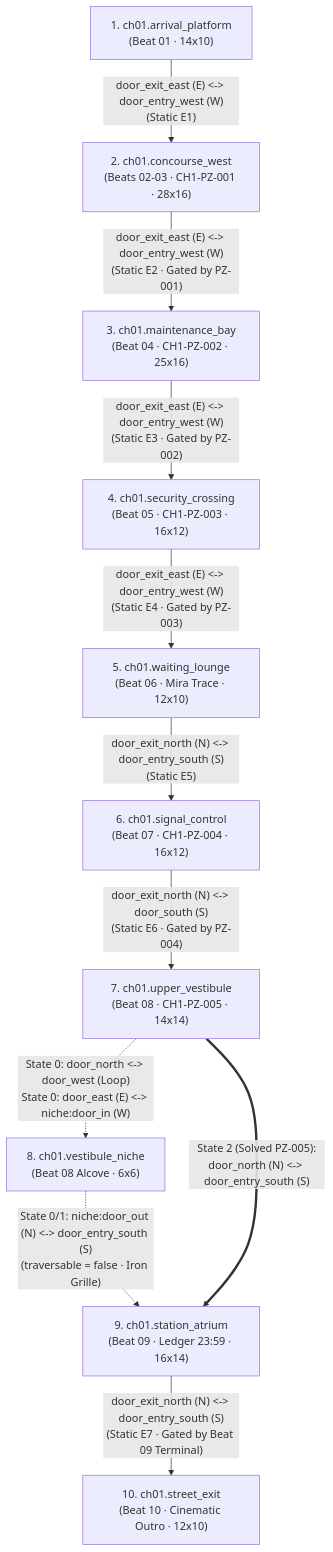
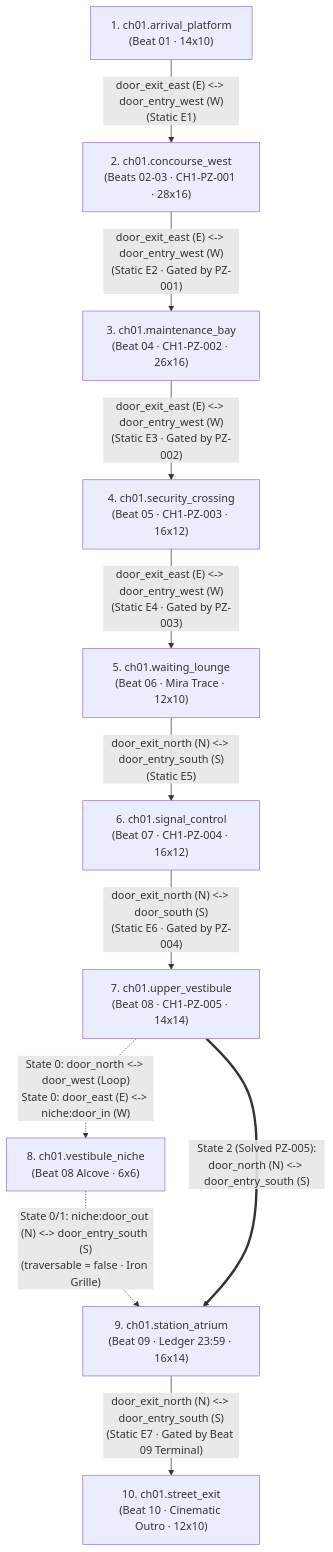
Before and after one commit to Zeeynrs/the-last-frame: the diagram in design/ch01/ROOM_GRAPH.md, drawn with Mermaid. The commit also changed other lines of this file and 23 other files, not shown here.

Commit message:
fix(ch01): Maintenance Bay v2 round 2 (26 wide, checkpoint (5,5), low bulkhead south, W-face shutters)

````diff
--- a/design/ch01/ROOM_GRAPH.md
+++ b/design/ch01/ROOM_GRAPH.md
@@ -50,26 +50,26 @@
 ```mermaid
 flowchart TD
     R1["1. ch01.arrival_platform<br/>(Beat 01 · 14x10)"]
     R2["2. ch01.concourse_west<br/>(Beats 02-03 · CH1-PZ-001 · 28x16)"]
-    R3["3. ch01.maintenance_bay<br/>(Beat 04 · CH1-PZ-002 · 25x16)"]
+    R3["3. ch01.maintenance_bay<br/>(Beat 04 · CH1-PZ-002 · 26x16)"]
     R4["4. ch01.security_crossing<br/>(Beat 05 · CH1-PZ-003 · 16x12)"]
     R5["5. ch01.waiting_lounge<br/>(Beat 06 · Mira Trace · 12x10)"]
     R6["6. ch01.signal_control<br/>(Beat 07 · CH1-PZ-004 · 16x12)"]
     R7["7. ch01.upper_vestibule<br/>(Beat 08 · CH1-PZ-005 · 14x14)"]
     R8["8. ch01.vestibule_niche<br/>(Beat 08 Alcove · 6x6)"]
     R9["9. ch01.station_atrium<br/>(Beat 09 · Ledger 23:59 · 16x14)"]
     R10["10. ch01.street_exit<br/>(Beat 10 · Cinematic Outro · 12x10)"]
 
     R1 -- "door_exit_east (E) <-> door_entry_west (W)<br/>(Static E1)" --> R2
     R2 -- "door_exit_east (E) <-> door_entry_west (W)<br/>(Static E2 · Gated by PZ-001)" --> R3
     R3 -- "door_exit_east (E) <-> door_entry_west (W)<br/>(Static E3 · Gated by PZ-002)" --> R4
     R4 -- "door_exit_east (E) <-> door_entry_west (W)<br/>(Static E4 · Gated by PZ-003)" --> R5
     R5 -- "door_exit_north (N) <-> door_entry_south (S)<br/>(Static E5)" --> R6
     R6 -- "door_exit_north (N) <-> door_south (S)<br/>(Static E6 · Gated by PZ-004)" --> R7
 
     R7 -. "State 0: door_north <-> door_west (Loop)<br/>State 0: door_east (E) <-> niche:door_in (W)" .-> R8
     R8 -. "State 0/1: niche:door_out (N) <-> door_entry_south (S)<br/>(traversable = false · Iron Grille)" .-> R9
     R7 == "State 2 (Solved PZ-005):<br/>door_north (N) <-> door_entry_south (S)" ==> R9
 
     R9 -- "door_exit_north (N) <-> door_entry_south (S)<br/>(Static E7 · Gated by Beat 09 Terminal)" --> R10
 ```
````
